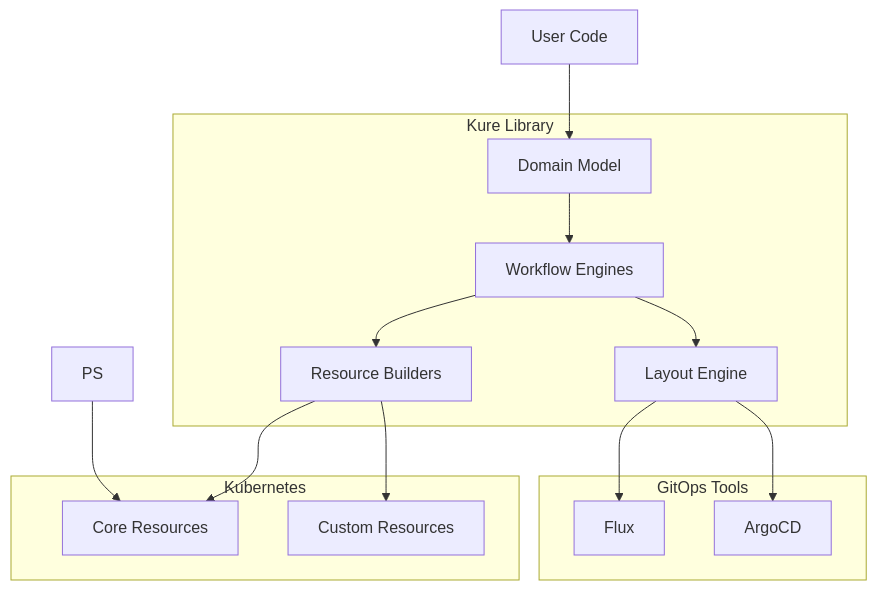
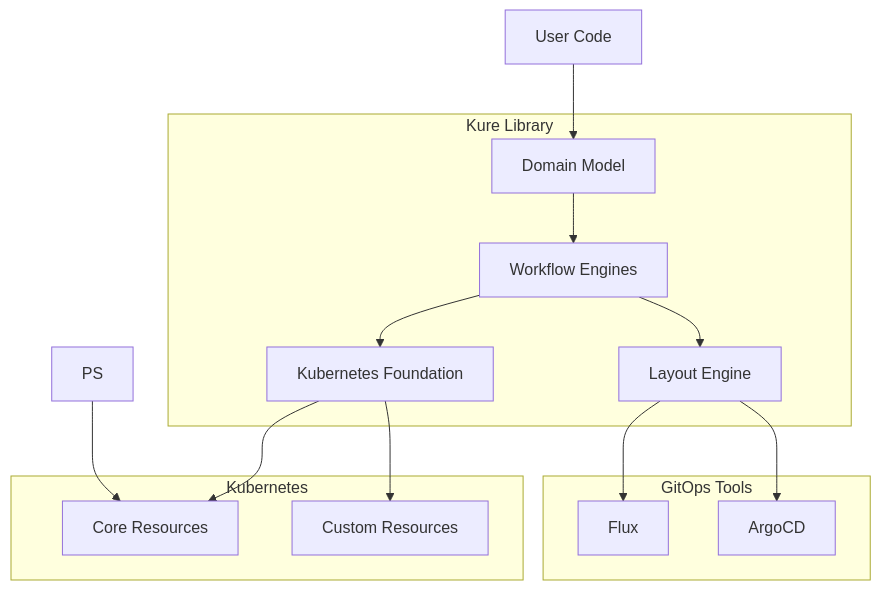
The diagram in docs/ARCHITECTURE.md (go-kure/kure), drawn with Mermaid before and after one commit. The commit also changed other lines of this file and 19 other files, not shown here.

````diff
--- a/docs/ARCHITECTURE.md
+++ b/docs/ARCHITECTURE.md
@@ -42,29 +54,29 @@
 ```mermaid
 graph TB
     subgraph "Kure Library"
         DM[Domain Model]
         WF[Workflow Engines]
-        RB[Resource Builders]
+        RB[Kubernetes Foundation]
         LO[Layout Engine]
     end
     
     subgraph "GitOps Tools"
         FLUX[Flux]
         ARGO[ArgoCD]
     end
     
     subgraph "Kubernetes"
         K8S[Core Resources]
         CRD[Custom Resources]
     end
     
     USER[User Code] --> DM
     DM --> WF
     WF --> RB
     RB --> K8S
     RB --> CRD
     WF --> LO
     LO --> FLUX
     LO --> ARGO
     PS --> K8S
 ```
````
